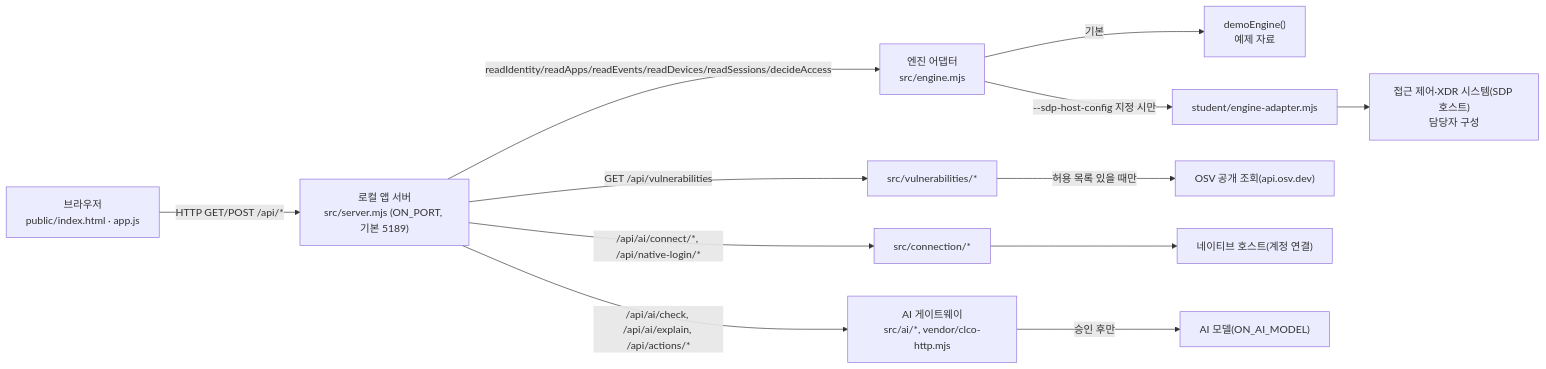
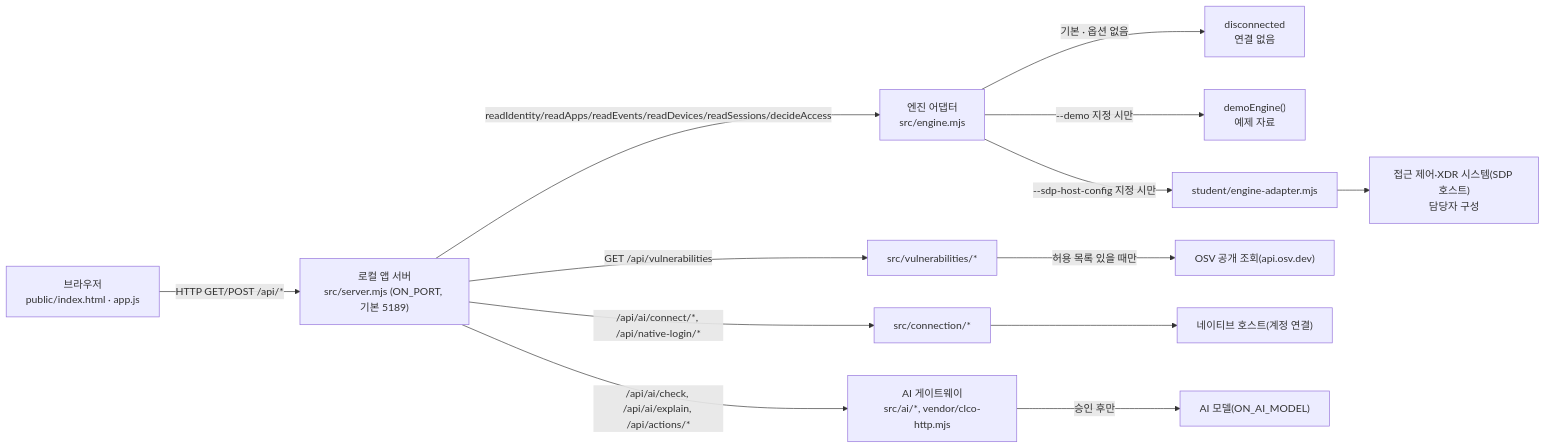
The diagram in on-client/docs/STUDENT_RUNBOOK.md (SCA-cloudy/KESHEV-Cloudy), drawn with Mermaid before and after one commit. The commit also changed other lines of this file, not shown here.

````diff
--- a/on-client/docs/STUDENT_RUNBOOK.md
+++ b/on-client/docs/STUDENT_RUNBOOK.md
@@ -94,14 +95,15 @@
 ```mermaid
 flowchart LR
   Browser["브라우저<br/>public/index.html · app.js"] -->|HTTP GET/POST /api/*| Server["로컬 앱 서버<br/>src/server.mjs (ON_PORT, 기본 5189)"]
   Server -->|readIdentity/readApps/readEvents/readDevices/readSessions/decideAccess| Engine["엔진 어댑터<br/>src/engine.mjs"]
-  Engine -->|기본| Demo["demoEngine()<br/>예제 자료"]
+  Engine -->|기본 · 옵션 없음| Disconnected["disconnected<br/>연결 없음"]
+  Engine -->|--demo 지정 시만| Demo["demoEngine()<br/>예제 자료"]
   Engine -->|--sdp-host-config 지정 시만| Adapter["student/engine-adapter.mjs"]
   Adapter --> SDP["접근 제어·XDR 시스템(SDP 호스트)<br/>담당자 구성"]
   Server -->|GET /api/vulnerabilities| Scan["src/vulnerabilities/*"]
   Scan -->|허용 목록 있을 때만| OSV["OSV 공개 조회(api.osv.dev)"]
   Server -->|/api/ai/check, /api/ai/explain, /api/actions/*| AIGW["AI 게이트웨이<br/>src/ai/*, vendor/clco-http.mjs"]
   Server -->|/api/ai/connect/*, /api/native-login/*| Conn["src/connection/*"]
   Conn --> Native["네이티브 호스트(계정 연결)"]
   AIGW -->|승인 후만| AIModel["AI 모델(ON_AI_MODEL)"]
 ```
````
